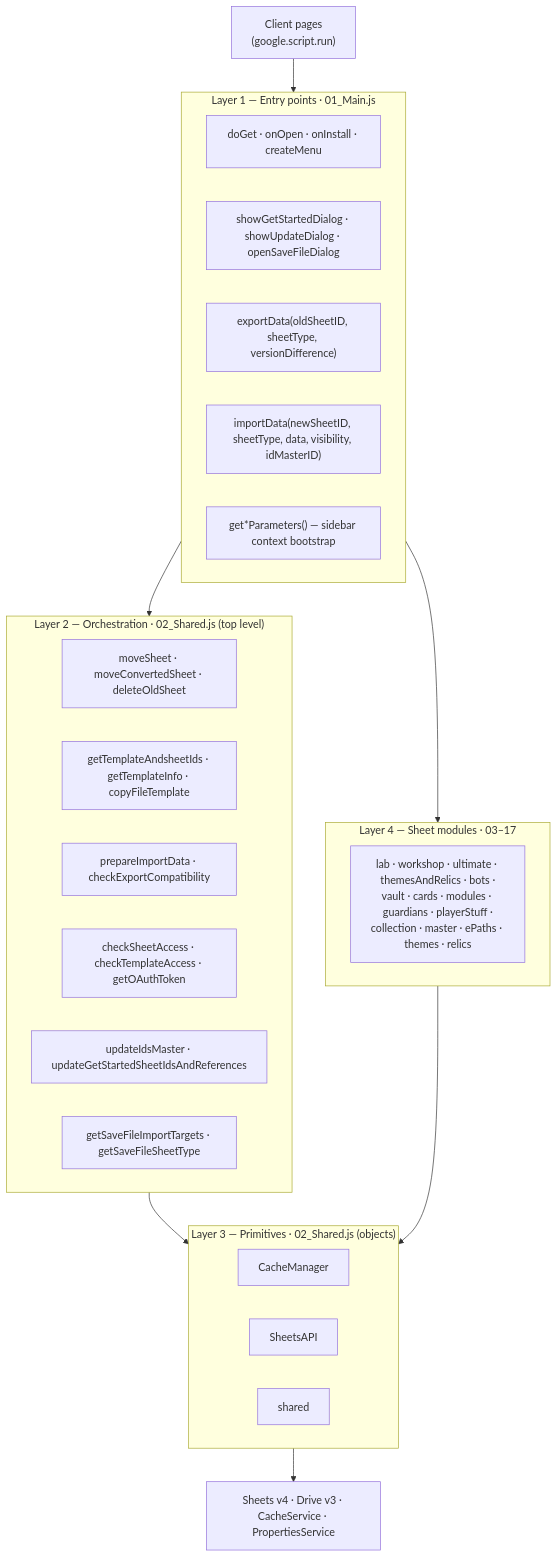
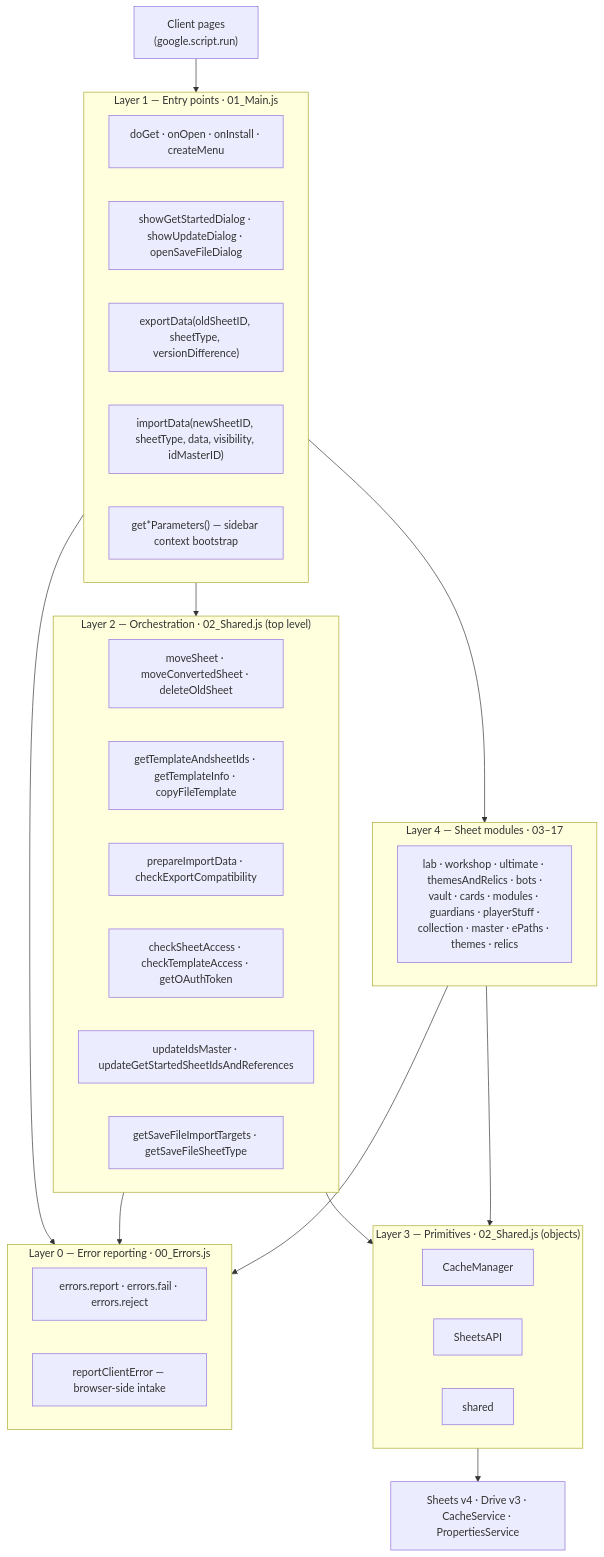
One commit to Bisse123/The-Tower-App-Script changed the first of 5 diagrams in documentation/01-architecture.md. Above: the diagram before and after it, drawn with Mermaid. The commit also changed other lines of this file and 38 other files, not shown here.

First line of the commit message:
Add unified error reporting across app

````diff
--- a/documentation/01-architecture.md
+++ b/documentation/01-architecture.md
@@ -21,38 +21,46 @@
 ```mermaid
 flowchart TB
     CLIENT["Client pages<br/>(google.script.run)"]
+
+    subgraph L0["Layer 0 — Error reporting · 00_Errors.js"]
+        X1["errors.report · errors.fail · errors.reject"]
+        X2["reportClientError — browser-side intake"]
+    end
 
     subgraph L1["Layer 1 — Entry points · 01_Main.js"]
         E1["doGet · onOpen · onInstall · createMenu"]
         E2["showGetStartedDialog · showUpdateDialog · openSaveFileDialog"]
         E3["exportData(oldSheetID, sheetType, versionDifference)"]
         E4["importData(newSheetID, sheetType, data, visibility, idMasterID)"]
         E5["get*Parameters() — sidebar context bootstrap"]
     end
 
     subgraph L2["Layer 2 — Orchestration · 02_Shared.js (top level)"]
         O1["moveSheet · moveConvertedSheet · deleteOldSheet"]
         O2["getTemplateAndsheetIds · getTemplateInfo · copyFileTemplate"]
         O3["prepareImportData · checkExportCompatibility"]
         O4["checkSheetAccess · checkTemplateAccess · getOAuthToken"]
         O5["updateIdsMaster · updateGetStartedSheetIdsAndReferences"]
         O6["getSaveFileImportTargets · getSaveFileSheetType"]
     end
 
     subgraph L3["Layer 3 — Primitives · 02_Shared.js (objects)"]
         P1["CacheManager"]
         P2["SheetsAPI"]
         P3["shared"]
     end
 
     subgraph L4["Layer 4 — Sheet modules · 03–17"]
         M1["lab · workshop · ultimate · themesAndRelics · bots ·<br/>vault · cards · modules · guardians · playerStuff ·<br/>collection · master · ePaths · themes · relics"]
     end
 
     CLIENT --> L1
+    L1 --> L0
+    L2 --> L0
+    L4 --> L0
     L1 --> L2
     L1 --> L4
     L2 --> L3
     L4 --> L3
     L3 --> GOOG["Sheets v4 · Drive v3 · CacheService · PropertiesService"]
 ```
````
